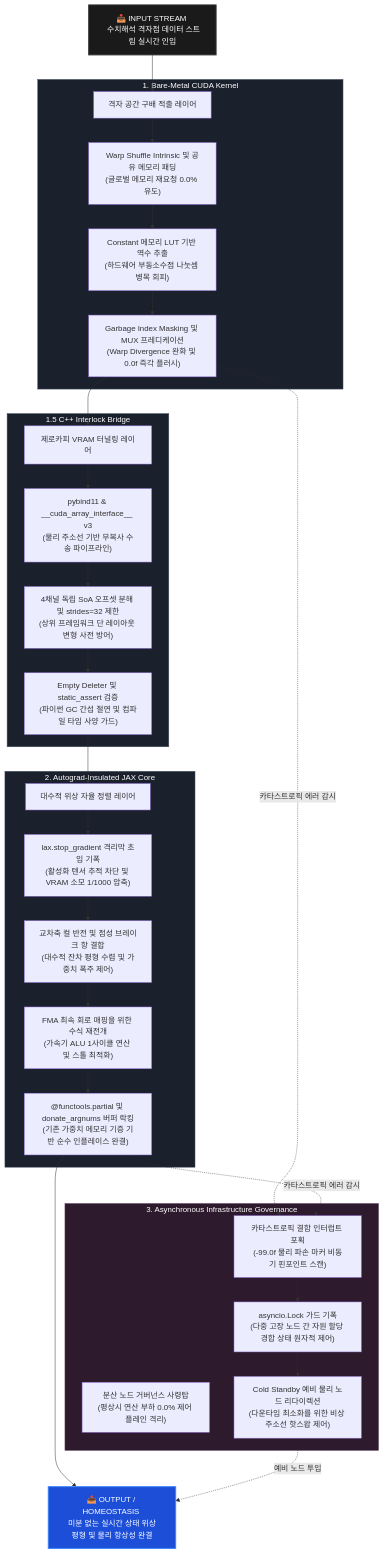
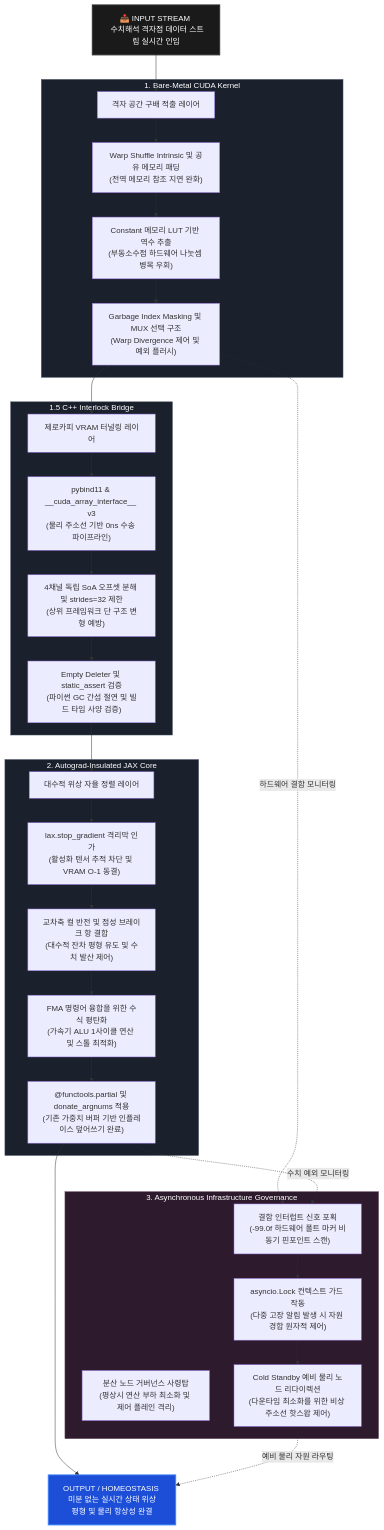
Before and after one commit to PJHkorea/Forward_Only_Autograd_Free_PINN: the diagram in README.md, drawn with Mermaid. The commit also changed other lines of this file, not shown here.

````diff
--- a/README.md
+++ b/README.md
@@ -80,63 +90,64 @@
 ```mermaid
 graph TD
     %% 스타일 정의
     classDef inputStyle fill:#1a1a1a,stroke:#333,stroke-width:2px,color:#fff;
     classDef layerStyle fill:#2d3748,stroke:#4a5568,stroke-width:1px,color:#fff;
     classDef alertStyle fill:#742a2a,stroke:#e53e3e,stroke-width:1px,color:#fff;
     classDef outputStyle fill:#1c4ed8,stroke:#3b82f6,stroke-width:2px,color:#fff;
 
     %% 노드 정의
     INPUT["📥 INPUT STREAM <br> 수치해석 격자점 데이터 스트림 실시간 인입"]:::inputStyle
 
     subgraph L1 [1. Bare-Metal CUDA Kernel]
         L1_Core["격자 공간 구배 적출 레이어"]
-        L1_1["Warp Shuffle Intrinsic 및 공유 메모리 패딩<br>(글로벌 메모리 재요청 0.0% 유도)"]
-        L1_2["Constant 메모리 LUT 기반 역수 추출<br>(하드웨어 부동소수점 나눗셈 병목 회피)"]
-        L1_3["Garbage Index Masking 및 MUX 프레디케이션<br>(Warp Divergence 완화 및 0.0f 즉각 플러시)"]
+        L1_1["Warp Shuffle Intrinsic 및 공유 메모리 패딩<br>(전역 메모리 참조 지연 완화)"]
+        L1_2["Constant 메모리 LUT 기반 역수 추출<br>(부동소수점 하드웨어 나눗셈 병목 우회)"]
+        L1_3["Garbage Index Masking 및 MUX 선택 구조<br>(Warp Divergence 제어 및 예외 플러시)"]
     end
     style L1 fill:#1a202c,stroke:#4a5568,color:#fff
 
     subgraph L15 [1.5 C++ Interlock Bridge]
         L15_Core["제로카피 VRAM 터널링 레이어"]
-        L15_1["pybind11 & __cuda_array_interface__ v3<br>(물리 주소선 기반 무복사 수송 파이프라인)"]
-        L15_2["4채널 독립 SoA 오프셋 분해 및 strides=32 제한<br>(상위 프레임워크 단 레이아웃 변형 사전 방어)"]
-        L15_3["Empty Deleter 및 static_assert 검증<br>(파이썬 GC 간섭 절연 및 컴파일 타임 사양 가드)"]
+        L15_1["pybind11 & __cuda_array_interface__ v3<br>(물리 주소선 기반 0ns 수송 파이프라인)"]
+        L15_2["4채널 독립 SoA 오프셋 분해 및 strides=32 제한<br>(상위 프레임워크 단 구조 변형 예방)"]
+        L15_3["Empty Deleter 및 static_assert 검증<br>(파이썬 GC 간섭 절연 및 빌드 타임 사양 검증)"]
     end
     style L15 fill:#1a202c,stroke:#4a5568,color:#fff
 
     subgraph L2 [2. Autograd-Insulated JAX Core]
         L2_Core["대수적 위상 자율 정렬 레이어"]
-        L2_1["lax.stop_gradient 격리막 초입 기폭<br>(활성화 텐서 추적 차단 및 VRAM 소모 1/1000 압축)"]
-        L2_2["교차축 컬 반전 및 점성 브레이크 항 결합<br>(대수적 잔차 평형 수렴 및 가중치 폭주 제어)"]
-        L2_3["FMA 최속 회로 매핑을 위한 수식 재전개<br>(가속기 ALU 1사이클 연산 및 스톨 최적화)"]
-        L2_4["@functools.partial 및 donate_argnums 버퍼 락킹<br>(기존 가중치 메모리 기증 기반 순수 인플레이스 완결)"]
+        L2_1["lax.stop_gradient 격리막 인가<br>(활성화 텐서 추적 차단 및 VRAM O-1 동결)"]
+        L2_2["교차축 컬 반전 및 점성 브레이크 항 결합<br>(대수적 잔차 평형 유도 및 수치 발산 제어)"]
+        L2_3["FMA 명령어 융합을 위한 수식 평탄화<br>(가속기 ALU 1사이클 연산 및 스톨 최적화)"]
+        L2_4["@functools.partial 및 donate_argnums 적용<br>(기존 가중치 버퍼 기반 인플레이스 덮어쓰기 완료)"]
     end
     style L2 fill:#1a202c,stroke:#4a5568,color:#fff
 
     subgraph L3 [3. Asynchronous Infrastructure Governance]
-        L3_Core["분산 노드 거버넌스 사령탑<br>(평상시 연산 부하 0.0% 제어 플레인 격리)"]
-        L3_1["카타스트로픽 결함 인터럽트 포획<br>(-99.0f 물리 파손 마커 비동기 핀포인트 스캔)"]
-        L3_2["asyncio.Lock 가드 기폭<br>(다중 고장 노드 간 자원 할당 경합 상태 원자적 제어)"]
+        L3_Core["분산 노드 거버넌스 사령탑<br>(평상시 연산 부하 최소화 및 제어 플레인 격리)"]
+        L3_1["결함 인터럽트 신호 포획<br>(-99.0f 하드웨어 폴트 마커 비동기 핀포인트 스캔)"]
+        L3_2["asyncio.Lock 컨텍스트 가드 작동<br>(다중 고장 알림 발생 시 자원 경합 원자적 제어)"]
         L3_3["Cold Standby 예비 물리 노드 리다이렉션<br>(다운타임 최소화를 위한 비상 주소선 핫스왑 제어)"]
     end
     style L3 fill:#2d1a2c,stroke:#684a65,color:#fff
 
-    OUTPUT["📤 OUTPUT / HOMEOSTASIS <br> 미분 없는 실시간 상태 위상 평형 및 물리 항상성 완결"]:::outputStyle
+    OUTPUT[" OUTPUT / HOMEOSTASIS <br> 미분 없는 실시간 상태 위상 평형 및 물리 항상성 완결"]:::outputStyle
 
     %% 연결선 정의
     INPUT --> L1_Core
     L1_Core --> L1_1 --> L1_2 --> L1_3
     L1_3 --> L15_Core
     L15_Core --> L15_1 --> L15_2 --> L15_3
     L15_3 --> L2_Core
     L2_Core --> L2_1 --> L2_2 --> L2_3 --> L2_4
     
     %% 제어 및 예외 흐름
-    L1_3 -. 카타스트로픽 에러 감시 .-> L3_1
-    L2_4 -. 카타스트로픽 에러 감시 .-> L3_1
+    L1_3 -. 하드웨어 결함 모니터링 .-> L3_1
+    L2_4 -. 수치 예외 모니터링 .-> L3_1
     
     L3_1 --> L3_2 --> L3_3
     
     L2_4 --> OUTPUT
-    L3_3 -. 예비 노드 투입 .-> OUTPUT
+    L3_3 -. 예비 물리 자원 라우팅 .-> OUTPUT
+
 ```
````
